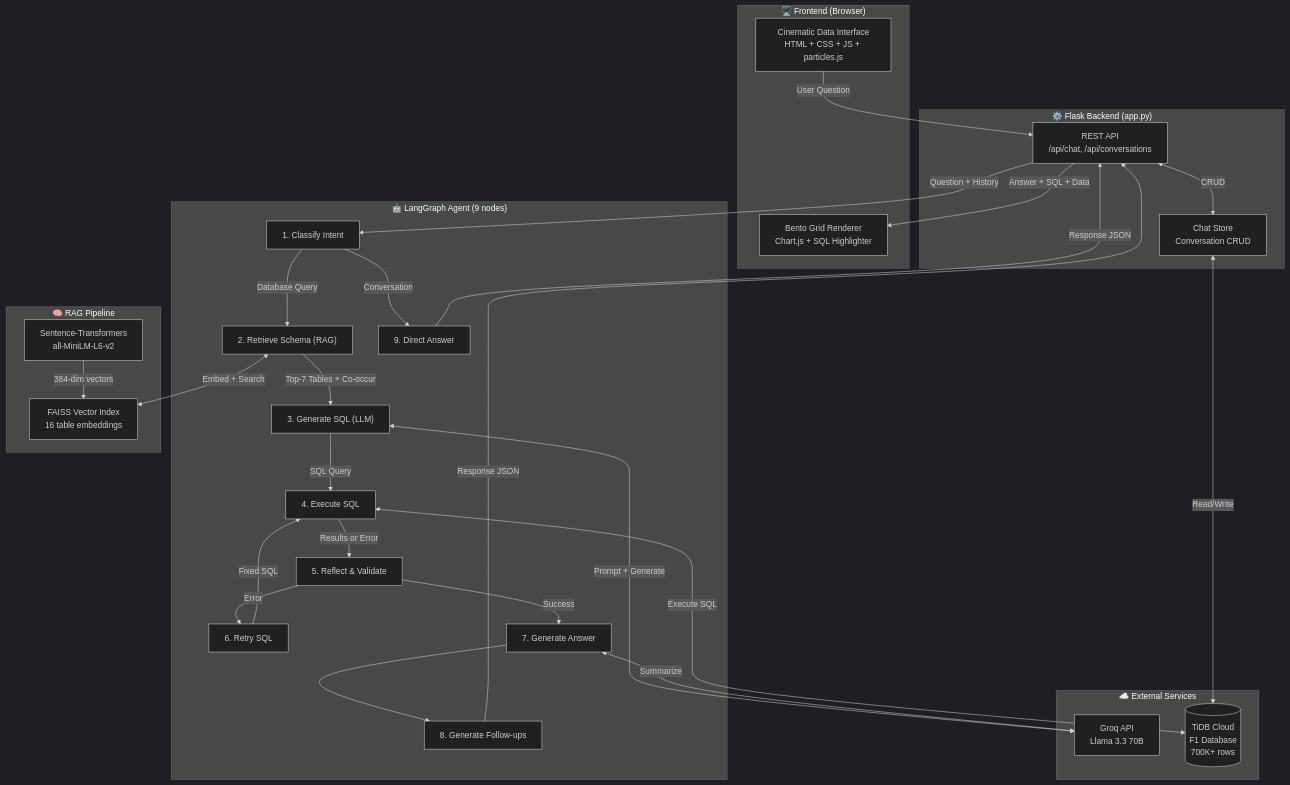
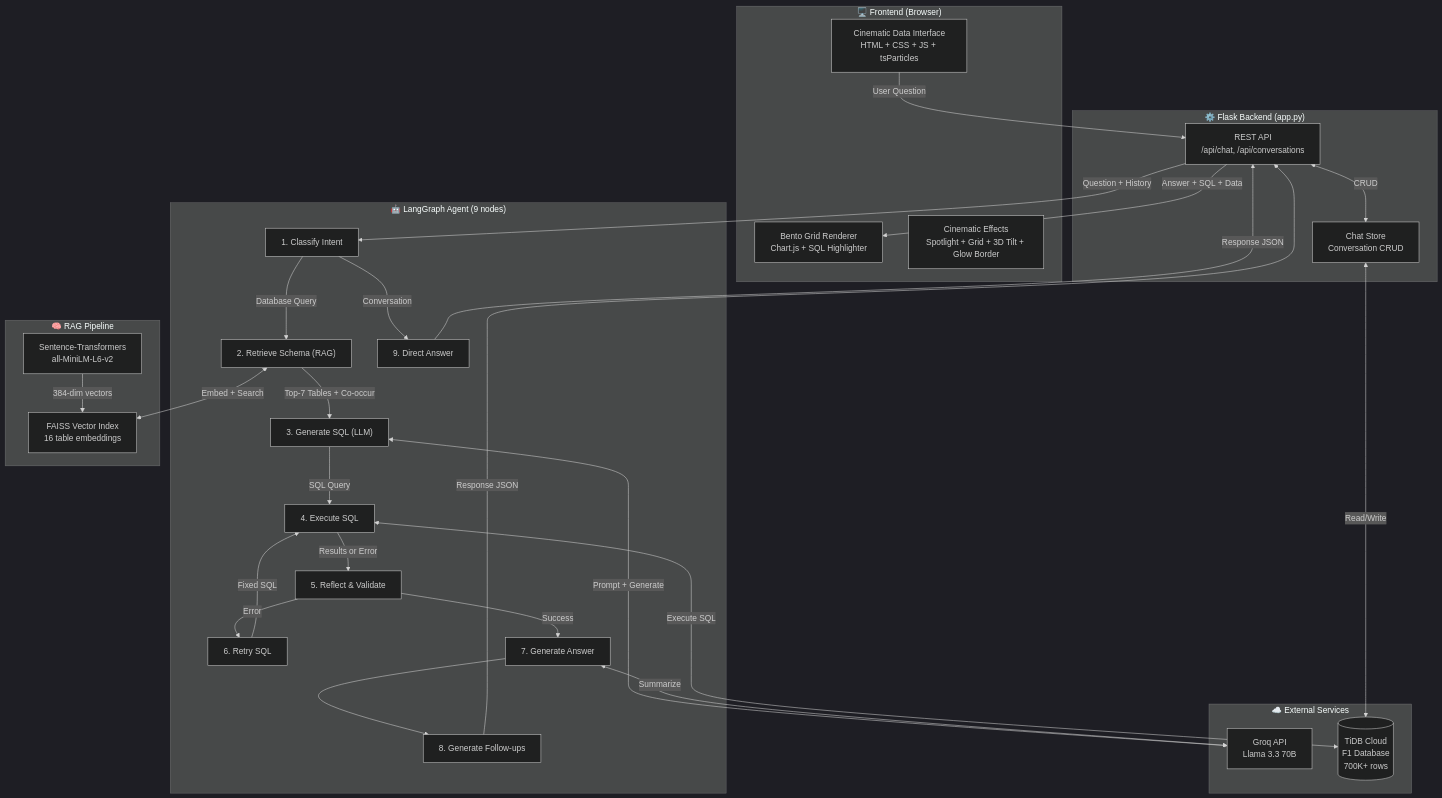
Before and after one commit to Venkateswara-Sahu/AI_Powered_Text-to-SQL_RAG_Chatbot: the first of 6 diagrams in REPORT.md, drawn with Mermaid (dark theme). The commit also changed other lines of this file and 5 other files, not shown here.

````diff
--- a/REPORT.md
+++ b/REPORT.md
@@ -111,56 +111,57 @@
 ```mermaid
 graph TB
     subgraph Frontend ["🖥️ Frontend (Browser)"]
-        UI["Cinematic Data Interface<br/>HTML + CSS + JS + particles.js"]
+        UI["Cinematic Data Interface<br/>HTML + CSS + JS + tsParticles"]
         BG["Bento Grid Renderer<br/>Chart.js + SQL Highlighter"]
+        FX["Cinematic Effects<br/>Spotlight + Grid + 3D Tilt + Glow Border"]
     end
 
     subgraph Backend ["⚙️ Flask Backend (app.py)"]
         API["REST API<br/>/api/chat, /api/conversations"]
         CS["Chat Store<br/>Conversation CRUD"]
     end
 
     subgraph Agent ["🤖 LangGraph Agent (9 nodes)"]
         CL["1. Classify Intent"]
         RS["2. Retrieve Schema (RAG)"]
         GS["3. Generate SQL (LLM)"]
         EX["4. Execute SQL"]
         RF["5. Reflect & Validate"]
         RT["6. Retry SQL"]
         GA["7. Generate Answer"]
         GF["8. Generate Follow-ups"]
         DA["9. Direct Answer"]
     end
 
     subgraph RAG ["🧠 RAG Pipeline"]
         EMB["Sentence-Transformers<br/>all-MiniLM-L6-v2"]
         FAISS["FAISS Vector Index<br/>16 table embeddings"]
     end
 
     subgraph External ["☁️ External Services"]
         GROQ["Groq API<br/>Llama 3.3 70B"]
         TIDB[("TiDB Cloud<br/>F1 Database<br/>700K+ rows")]
     end
 
     UI -->|User Question| API
     API -->|Question + History| CL
     CL -->|Database Query| RS
     CL -->|Conversation| DA
     RS -->|Top-7 Tables + Co-occur| GS
     GS -->|SQL Query| EX
     EX -->|Results or Error| RF
     RF -->|Error| RT
     RT -->|Fixed SQL| EX
     RF -->|Success| GA
     GA --> GF
     GF -->|Response JSON| API
     DA -->|Response JSON| API
     API -->|Answer + SQL + Data| BG
     API <-->|CRUD| CS
     CS <-->|Read/Write| TIDB
     RS <-->|Embed + Search| FAISS
     EMB -->|384-dim vectors| FAISS
     GS <-->|Prompt + Generate| GROQ
     GA <-->|Summarize| GROQ
     EX <-->|Execute SQL| TIDB
 ```
````
